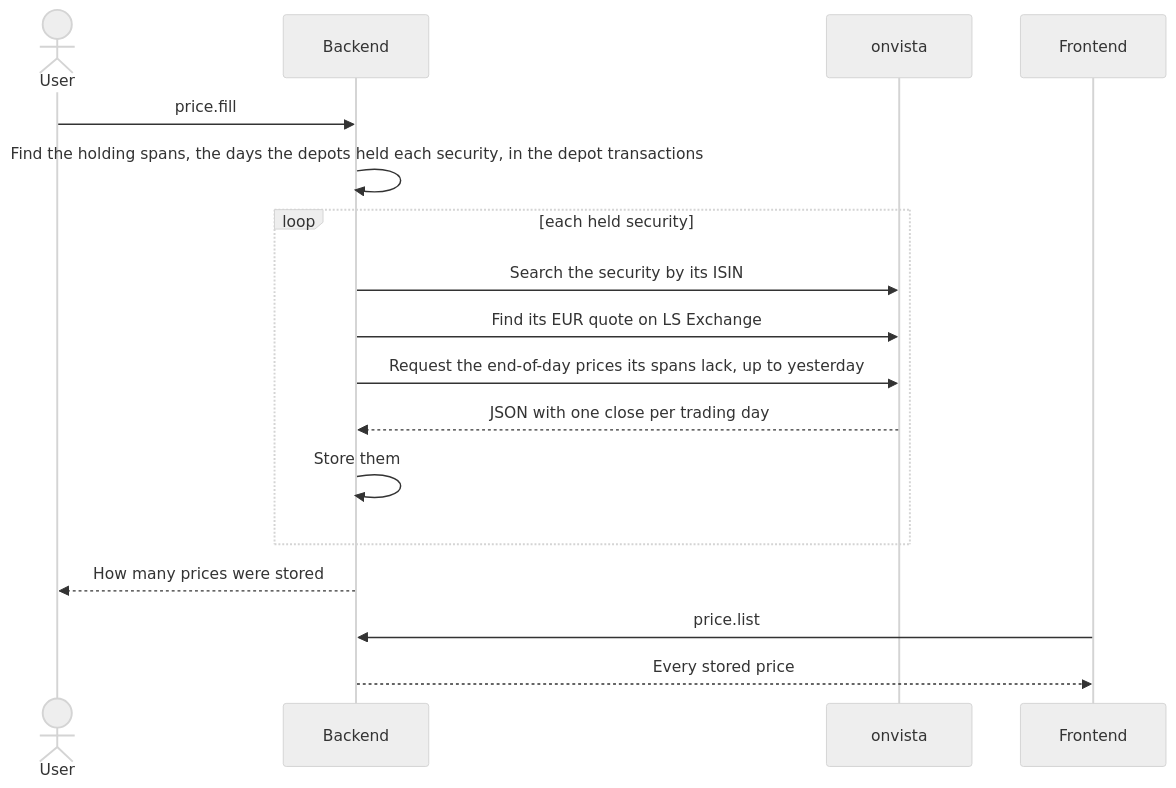
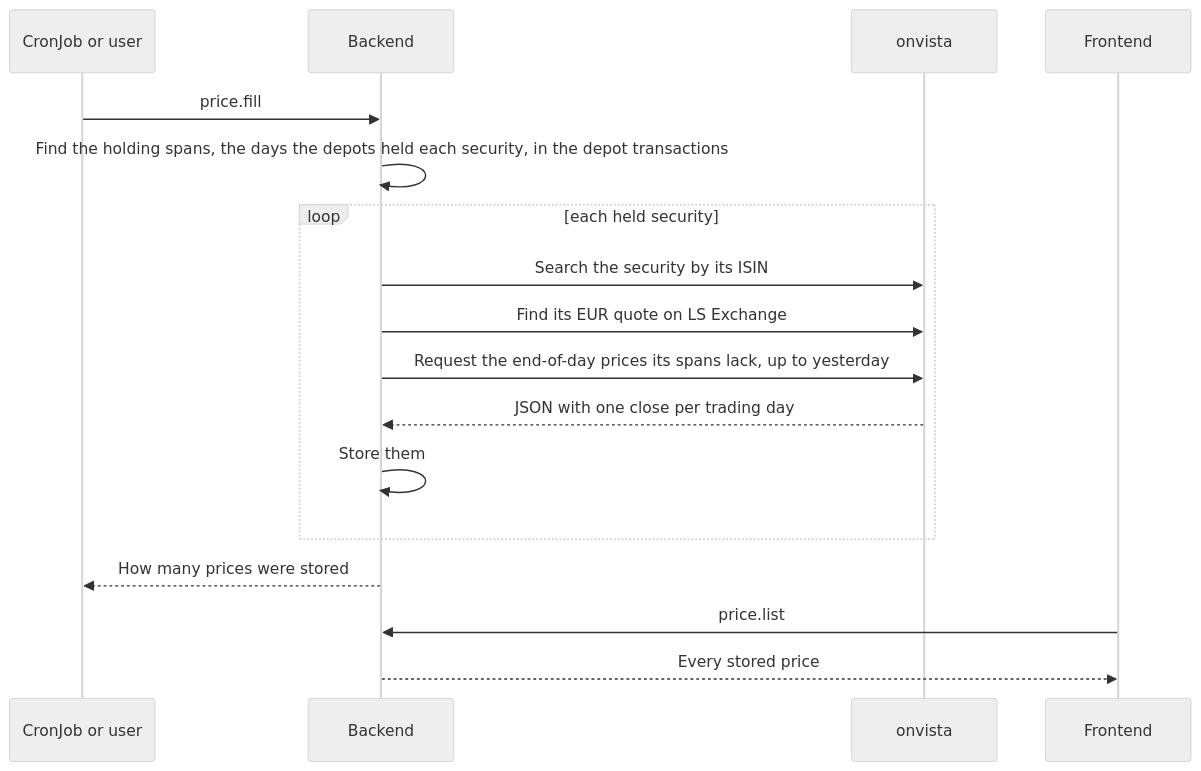
The diagram in docs/contract/prices.md (lennartmoeller/finance-tracker), drawn with Mermaid (neutral theme) before and after one commit. The commit also changed 34 other files, not shown here.

Commit message:
feat!: release images, a Helm chart and the signed extension on every merge (#46)

````diff
--- a/docs/contract/prices.md
+++ b/docs/contract/prices.md
@@ -3,19 +3,19 @@
 ```mermaid
 sequenceDiagram
-  actor User
+  participant Caller as CronJob or user
   participant BE as Backend
   participant OV as onvista
   participant FE as Frontend
-  User->>BE: price.fill
+  Caller->>BE: price.fill
   BE->>BE: Find the holding spans, the days the depots held each security, in the depot transactions
   loop each held security
     BE->>OV: Search the security by its ISIN
     BE->>OV: Find its EUR quote on LS Exchange
     BE->>OV: Request the end-of-day prices its spans lack, up to yesterday
     OV-->>BE: JSON with one close per trading day
     BE->>BE: Store them
   end
-  BE-->>User: How many prices were stored
+  BE-->>Caller: How many prices were stored
   FE->>BE: price.list
   BE-->>FE: Every stored price
 ```
````
